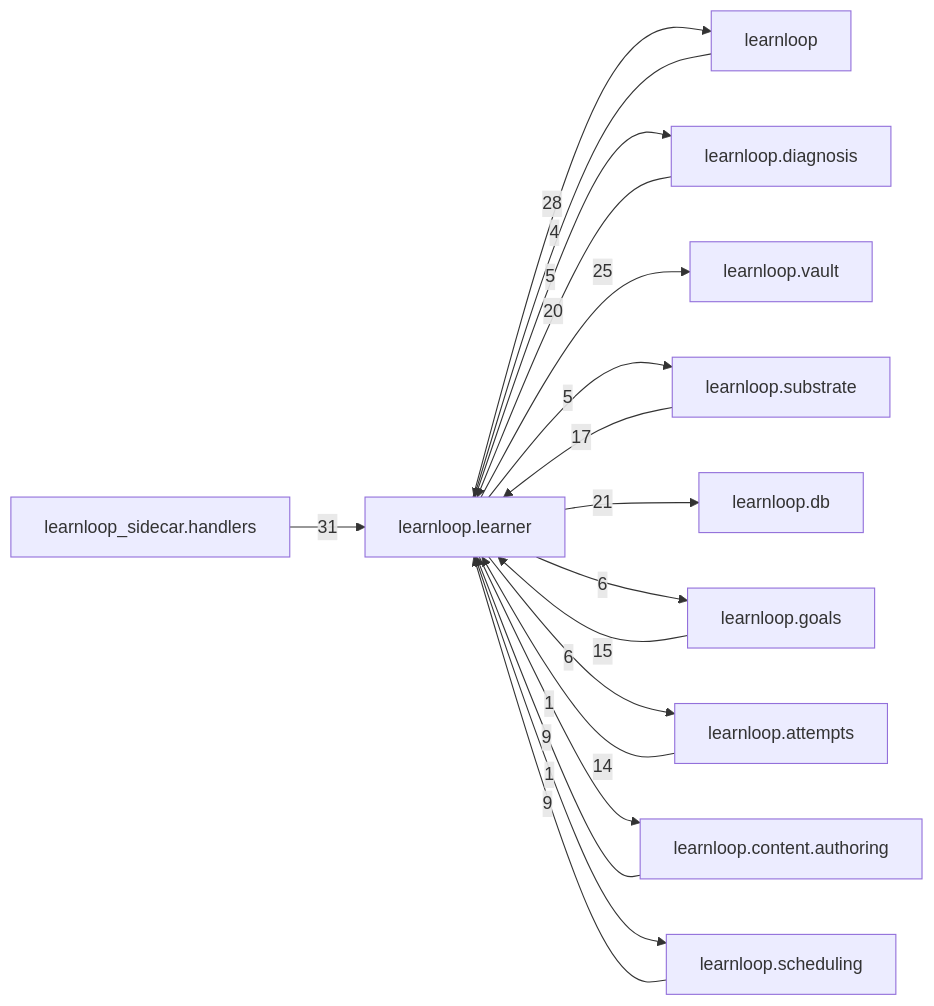
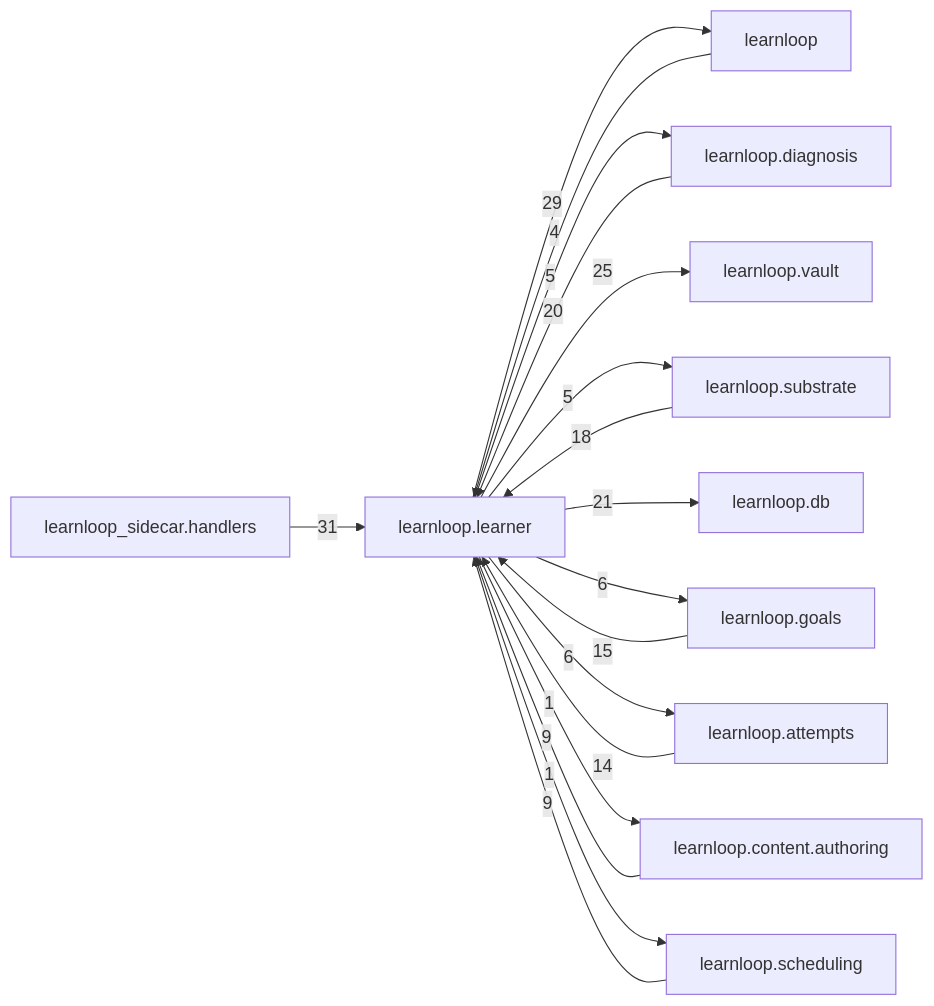
The diagram in docs/learnloop-architecture-vault/Reference/Modules/learnloop/learner/_package.md (6up-b/learnanything), drawn with Mermaid before and after one commit. The commit also changed other lines of this file and 130 other files, not shown here.

````diff
--- a/docs/learnloop-architecture-vault/Reference/Modules/learnloop/learner/_package.md
+++ b/docs/learnloop-architecture-vault/Reference/Modules/learnloop/learner/_package.md
@@ -157,31 +157,31 @@
 ```mermaid
 flowchart LR
     center["learnloop.learner"]
     n_learnloop["learnloop"]
     n_learnloop_sidecar_handlers["learnloop_sidecar.handlers"]
     n_learnloop_diagnosis["learnloop.diagnosis"]
     n_learnloop_vault["learnloop.vault"]
     n_learnloop_substrate["learnloop.substrate"]
     n_learnloop_db["learnloop.db"]
     n_learnloop_goals["learnloop.goals"]
     n_learnloop_attempts["learnloop.attempts"]
     n_learnloop_content_authoring["learnloop.content.authoring"]
     n_learnloop_scheduling["learnloop.scheduling"]
     n_learnloop -->|4| center
-    center -->|28| n_learnloop
+    center -->|29| n_learnloop
     n_learnloop_sidecar_handlers -->|31| center
     n_learnloop_diagnosis -->|20| center
     center -->|5| n_learnloop_diagnosis
     center -->|25| n_learnloop_vault
-    n_learnloop_substrate -->|17| center
+    n_learnloop_substrate -->|18| center
     center -->|5| n_learnloop_substrate
     center -->|21| n_learnloop_db
     n_learnloop_goals -->|15| center
     center -->|6| n_learnloop_goals
     n_learnloop_attempts -->|14| center
     center -->|6| n_learnloop_attempts
     n_learnloop_content_authoring -->|9| center
     center -->|1| n_learnloop_content_authoring
     n_learnloop_scheduling -->|9| center
     center -->|1| n_learnloop_scheduling
 ```
````
